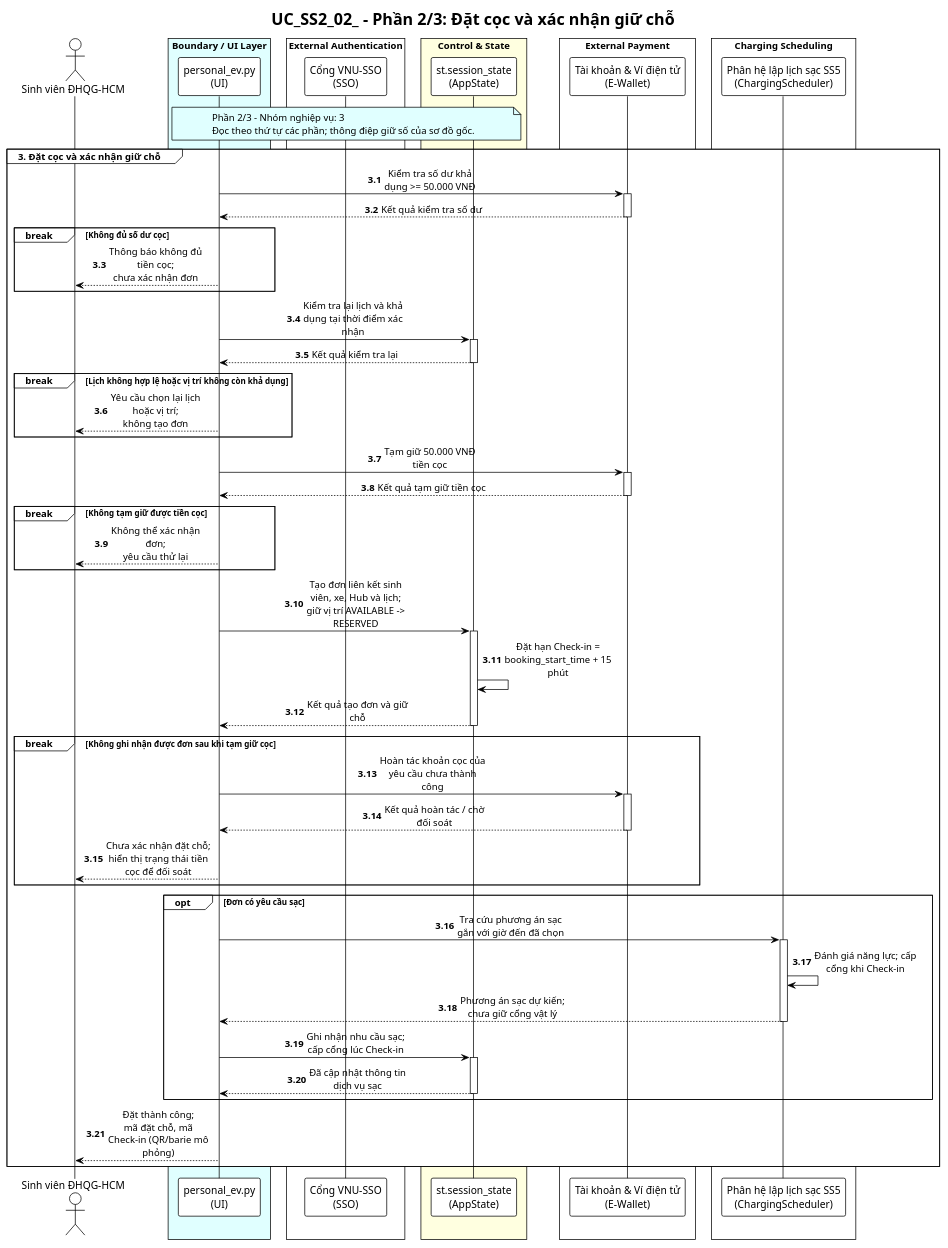
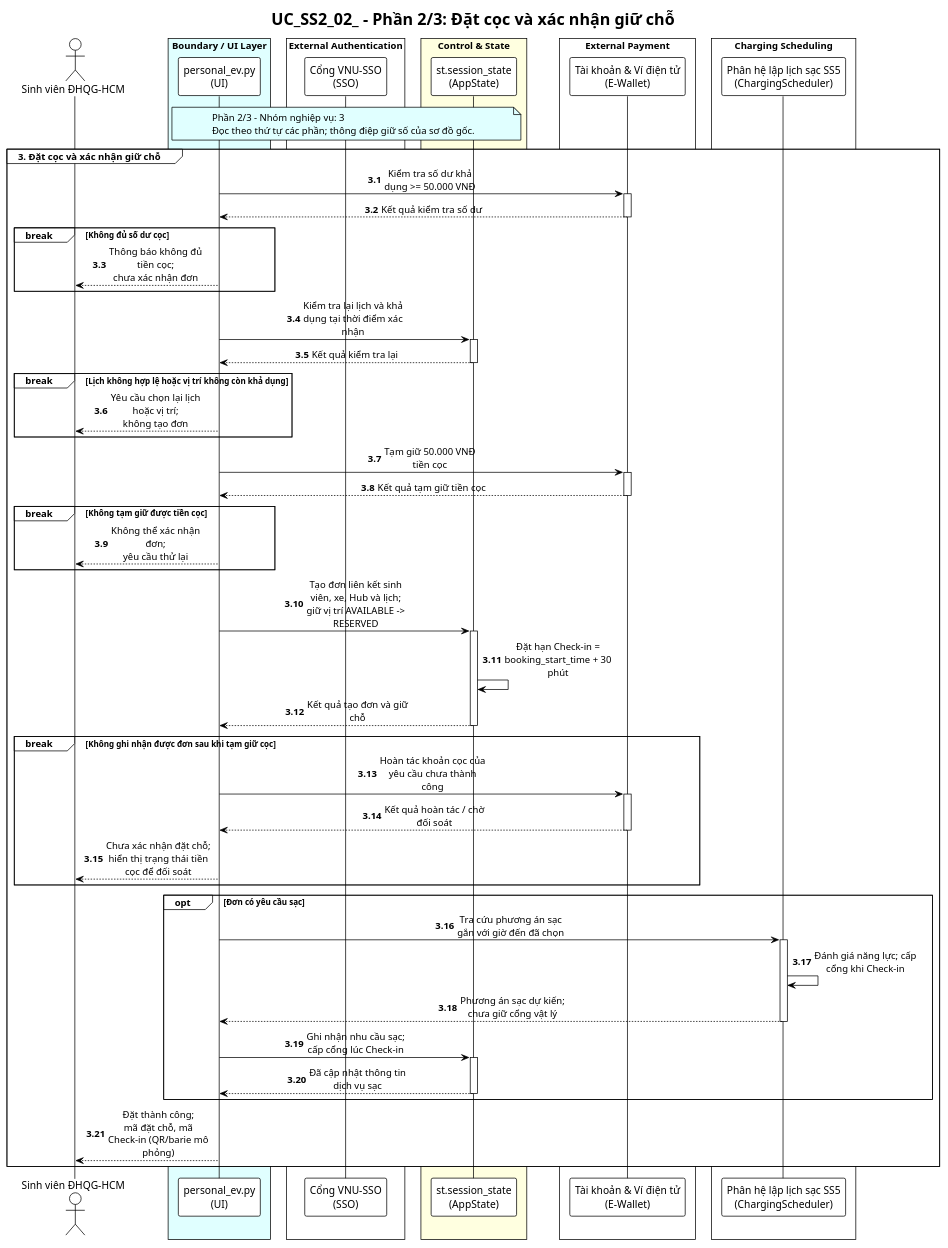
Before and after one commit to Dat-nguyen195/BTL_1_CNPM: the diagram in docs/report/assets/sequence_panels/UC_SS2_02_NguyenAnhTai_sequence_p2.puml, drawn with PlantUML. The commit also changed 142 other files, not shown here.

```diff
--- a/docs/report/assets/sequence_panels/UC_SS2_02_NguyenAnhTai_sequence_p2.puml
+++ b/docs/report/assets/sequence_panels/UC_SS2_02_NguyenAnhTai_sequence_p2.puml
@@ -1,92 +1,92 @@
 @startuml UC_SS2_02_NguyenAnhTai_sequence_p2
 !theme plain
 skinparam sequenceMessageAlign center
 skinparam maxMessageSize 150
 skinparam BoxPadding 10
 
 title "UC_SS2_02_ - Phần 2/3: Đặt cọc và xác nhận giữ chỗ"
 
 ' Nguồn: UC_SS2_NguyenAnhTai (2).md, cập nhật 21/09/2026.
 ' Thiết kế theo đặc tả; không khẳng định toàn bộ chức năng đã có trong mã nguồn.
 
 actor "Sinh viên ĐHQG-HCM" as Student
 box "Boundary / UI Layer" #LightCyan
 participant "personal_ev.py\n(UI)" as UI
 end box
 box "External Authentication" #White
 participant "Cổng VNU-SSO\n(SSO)" as SSO
 end box
 box "Control & State" #LightYellow
 participant "st.session_state\n(AppState)" as AppState
 end box
 box "External Payment" #White
 participant "Tài khoản & Ví điện tử\n(E-Wallet)" as EWallet
 end box
 box "Charging Scheduling" #White
 participant "Phân hệ lập lịch sạc SS5\n(ChargingScheduler)" as Scheduler
 end box
 
 
 note over UI, AppState #LightCyan
   Phần 2/3 - Nhóm nghiệp vụ: 3
   Đọc theo thứ tự các phần; thông điệp giữ số của sơ đồ gốc.
 end note
 autonumber 3.1
 group 3. Đặt cọc và xác nhận giữ chỗ
     UI -> EWallet: Kiểm tra số dư khả dụng >= 50.000 VNĐ
     activate EWallet
     EWallet --> UI: Kết quả kiểm tra số dư
     deactivate EWallet
 
     break Không đủ số dư cọc
         UI --> Student: Thông báo không đủ tiền cọc;\nchưa xác nhận đơn
     end
 
     UI -> AppState: Kiểm tra lại lịch và khả dụng tại thời điểm xác nhận
     activate AppState
     AppState --> UI: Kết quả kiểm tra lại
     deactivate AppState
 
     break Lịch không hợp lệ hoặc vị trí không còn khả dụng
         UI --> Student: Yêu cầu chọn lại lịch hoặc vị trí;\nkhông tạo đơn
     end
 
     UI -> EWallet: Tạm giữ 50.000 VNĐ tiền cọc
     activate EWallet
     EWallet --> UI: Kết quả tạm giữ tiền cọc
     deactivate EWallet
 
     break Không tạm giữ được tiền cọc
         UI --> Student: Không thể xác nhận đơn;\nyêu cầu thử lại
     end
 
     UI -> AppState: Tạo đơn liên kết sinh viên, xe, Hub và lịch;\ngiữ vị trí AVAILABLE -> RESERVED
     activate AppState
-    AppState -> AppState: Đặt hạn Check-in = booking_start_time + 15 phút
+    AppState -> AppState: Đặt hạn Check-in = booking_start_time + 30 phút
     AppState --> UI: Kết quả tạo đơn và giữ chỗ
     deactivate AppState
 
     break Không ghi nhận được đơn sau khi tạm giữ cọc
         UI -> EWallet: Hoàn tác khoản cọc của yêu cầu chưa thành công
         activate EWallet
         EWallet --> UI: Kết quả hoàn tác / chờ đối soát
         deactivate EWallet
         UI --> Student: Chưa xác nhận đặt chỗ;\nhiển thị trạng thái tiền cọc để đối soát
     end
 
     opt Đơn có yêu cầu sạc
         UI -> Scheduler: Tra cứu phương án sạc gắn với giờ đến đã chọn
         activate Scheduler
         Scheduler -> Scheduler: Đánh giá năng lực; cấp cổng khi Check-in
         Scheduler --> UI: Phương án sạc dự kiến; chưa giữ cổng vật lý
         deactivate Scheduler
         UI -> AppState: Ghi nhận nhu cầu sạc; cấp cổng lúc Check-in
         activate AppState
         AppState --> UI: Đã cập nhật thông tin dịch vụ sạc
         deactivate AppState
     end
 
     UI --> Student: Đặt thành công;\nmã đặt chỗ, mã Check-in (QR/barie mô phỏng)
 end
 
 @enduml
```
